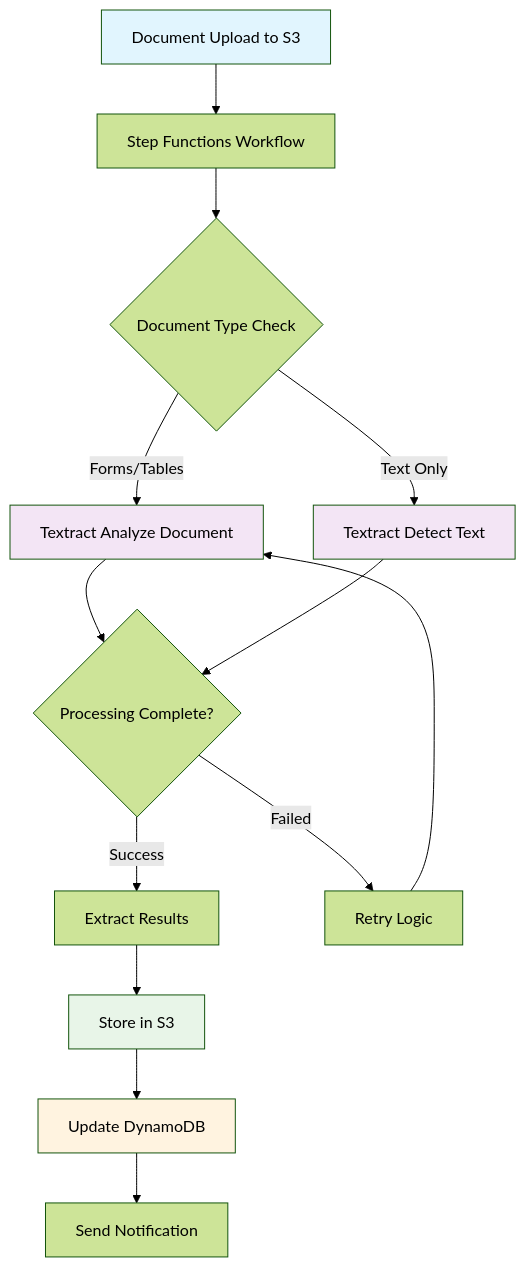
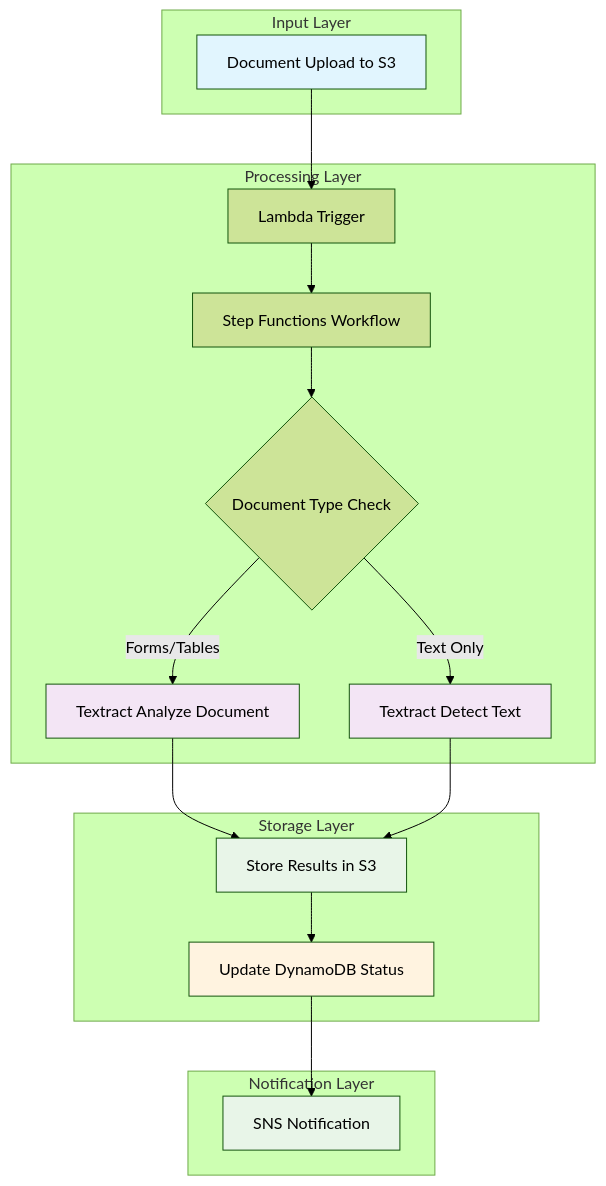
The diagram in aws/document-processing-textract-pipelines/document-processing-textract-pipelines.md (mzazon/awesome-cloud-projects), drawn with Mermaid (forest theme) before and after one commit. The commit also changed other lines of this file and 5581 other files, not shown here.

````diff
--- a/aws/document-processing-textract-pipelines/document-processing-textract-pipelines.md
+++ b/aws/document-processing-textract-pipelines/document-processing-textract-pipelines.md
@@ -28,21 +30,40 @@
 ```mermaid
 graph TD
-    A[Document Upload to S3] --> B[Step Functions Workflow]
-    B --> C{Document Type Check}
-    C -->|Forms/Tables| D[Textract Analyze Document]
-    C -->|Text Only| E[Textract Detect Text]
-    D --> F{Processing Complete?}
-    E --> F
-    F -->|Success| G[Extract Results]
-    F -->|Failed| H[Retry Logic]
-    H --> D
-    G --> I[Store in S3]
-    I --> J[Update DynamoDB]
-    J --> K[Send Notification]
+    subgraph "Input Layer"
+        A[Document Upload to S3]
+    end
+    
+    subgraph "Processing Layer"
+        B[Lambda Trigger]
+        C[Step Functions Workflow]
+        D{Document Type Check}
+        E[Textract Analyze Document]
+        F[Textract Detect Text]
+    end
+    
+    subgraph "Storage Layer"
+        G[Store Results in S3]
+        H[Update DynamoDB Status]
+    end
+    
+    subgraph "Notification Layer"
+        I[SNS Notification]
+    end
+    
+    A --> B
+    B --> C
+    C --> D
+    D -->|Forms/Tables| E
+    D -->|Text Only| F
+    E --> G
+    F --> G
+    G --> H
+    H --> I
     
     style A fill:#e1f5fe
-    style D fill:#f3e5f5
     style E fill:#f3e5f5
+    style F fill:#f3e5f5
+    style G fill:#e8f5e8
+    style H fill:#fff3e0
     style I fill:#e8f5e8
-    style J fill:#fff3e0
 ```
````
